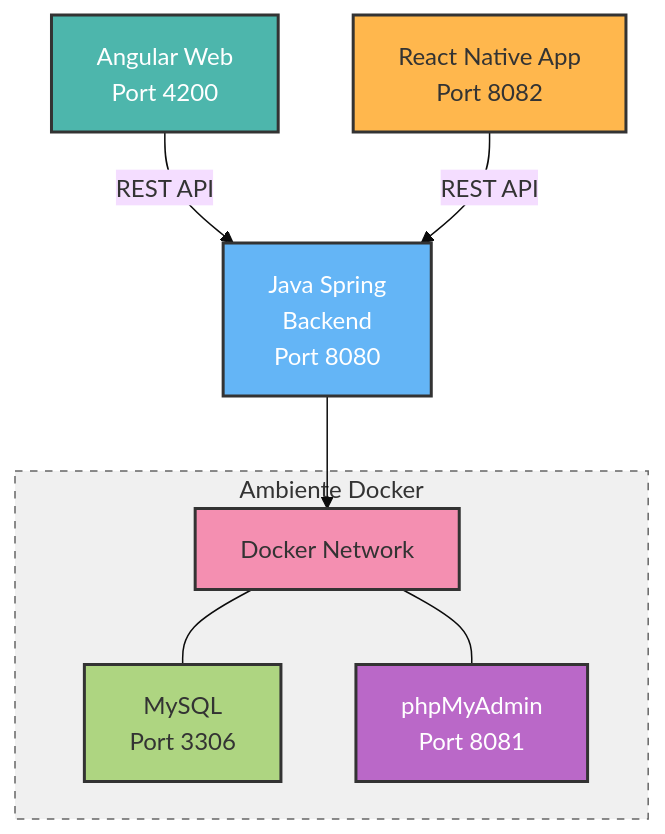
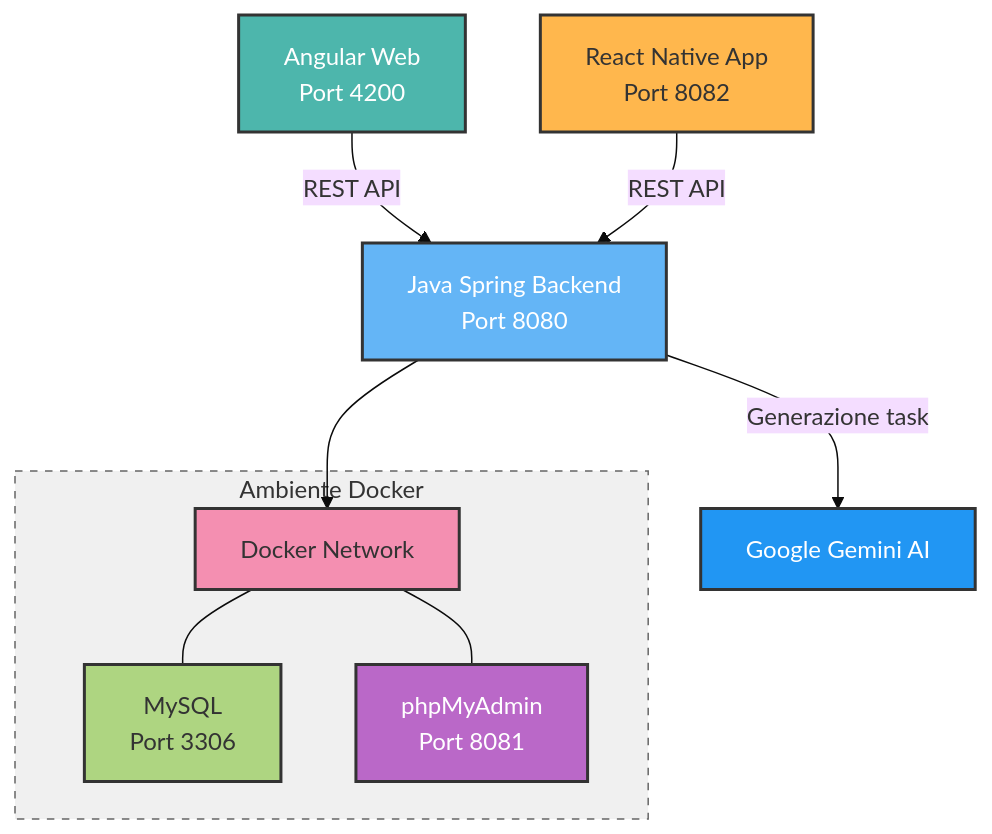
The diagram in README.md (SpicyHisoka/taskflow-fullstack), drawn with Mermaid (base theme) before and after one commit. The commit also changed other lines of this file and 22 other files, not shown here.

Commit message:
feat: implement AI task generation with Google Gemini and Spring AI

````diff
--- a/README.md
+++ b/README.md
@@ -52,23 +55,27 @@
 ```mermaid
 flowchart TB
-	style A fill:#4DB6AC,stroke:#333,stroke-width:2px,color:#fff
-	style B fill:#FFB74D,stroke:#333,stroke-width:2px,color:#333
-	style C fill:#64B5F6,stroke:#333,stroke-width:2px,color:#fff
-	style D fill:#F48FB1,stroke:#333,stroke-width:2px,color:#333
-	style E fill:#AED581,stroke:#333,stroke-width:2px,color:#333
-	style F fill:#BA68C8,stroke:#333,stroke-width:2px,color:#fff
-	style Docker_Environment fill:#f0f0f0,stroke:#666,stroke-dasharray:5 5,color:#333
+    style A fill:#4DB6AC,stroke:#333,stroke-width:2px,color:#fff
+    style B fill:#FFB74D,stroke:#333,stroke-width:2px,color:#333
+    style C fill:#64B5F6,stroke:#333,stroke-width:2px,color:#fff
+    style Gemini fill:#2196F3,stroke:#333,stroke-width:2px,color:#fff
+    style D fill:#F48FB1,stroke:#333,stroke-width:2px,color:#333
+    style E fill:#AED581,stroke:#333,stroke-width:2px,color:#333
+    style F fill:#BA68C8,stroke:#333,stroke-width:2px,color:#fff
+    style Docker_Environment fill:#f0f0f0,stroke:#666,stroke-dasharray:5 5,color:#333
 
-	A[Angular Web<br>Port 4200] -->|REST API| C[Java Spring<br>Backend<br>Port 8080]
-	B[React Native App<br>Port 8082] -->|REST API| C
+    A[Angular Web<br>Port 4200] -->|REST API| C[Java Spring Backend<br>Port 8080]
+    B[React Native App<br>Port 8082] -->|REST API| C
 
-	subgraph Docker_Environment [Ambiente Docker]
-		D[Docker Network]
-		E[MySQL<br>Port 3306]
-		F[phpMyAdmin<br>Port 8081]
+    C -->|Generazione task| Gemini[Google Gemini AI]
 
-		D --- E
-		D --- F
-	end
-	C --> D
+    subgraph Docker_Environment [Ambiente Docker]
+        D[Docker Network]
+        E[MySQL<br>Port 3306]
+        F[phpMyAdmin<br>Port 8081]
+
+        D --- E
+        D --- F
+    end
+
+    C --> D
 ```
````
